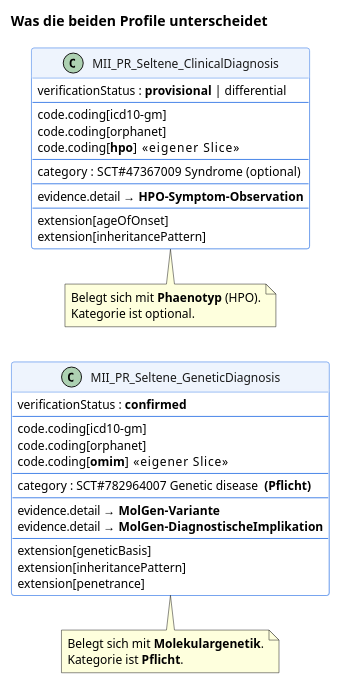
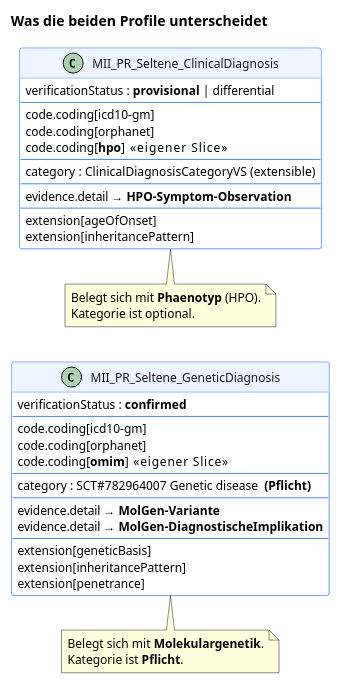
The diagram in input/images-source/diagnose-klinisch-vs-genetisch.puml (medizininformatik-initiative/kerndatensatzmodul-seltene-erkrankungen), drawn with PlantUML before and after one commit. The commit also changed 10 other files, not shown here.

```diff
--- a/input/images-source/diagnose-klinisch-vs-genetisch.puml
+++ b/input/images-source/diagnose-klinisch-vs-genetisch.puml
@@ -1,64 +1,64 @@
 @startuml
 ' Klinische gegen genetische Diagnose — ersetzt die beiden langen FSH-Instanzen
 ' auf der Seite clinical-genetic-diagnosis-guide durch einen Strukturvergleich.
 ' Sprachneutral gehalten: nur FHIR-Elementnamen, Profil-IDs und Codes.
 left to right direction
 skinparam backgroundColor transparent
 skinparam shadowing false
 skinparam defaultFontName Helvetica
 skinparam defaultFontSize 12
 skinparam ArrowColor #555555
 skinparam class {
   BorderColor #4a86e8
   BackgroundColor #ffffff
   HeaderBackgroundColor #eef4fd
   FontColor #1a1a1a
 }
 
 title Was die beiden Profile unterscheidet
 
 class "MII_PR_Seltene_ClinicalDiagnosis" as C {
   verificationStatus : **provisional** | differential
   --
   code.coding[icd10-gm]
   code.coding[orphanet]
   code.coding[**hpo**]      << eigener Slice >>
   --
-  category : SCT#47367009 Syndrome  (optional)
+  category : ClinicalDiagnosisCategoryVS  (extensible)
   --
   evidence.detail → **HPO-Symptom-Observation**
   --
   extension[ageOfOnset]
   extension[inheritancePattern]
 }
 
 class "MII_PR_Seltene_GeneticDiagnosis" as G {
   verificationStatus : **confirmed**
   --
   code.coding[icd10-gm]
   code.coding[orphanet]
   code.coding[**omim**]     << eigener Slice >>
   --
   category : SCT#782964007 Genetic disease  **(Pflicht)**
   --
   evidence.detail → **MolGen-Variante**
   evidence.detail → **MolGen-DiagnostischeImplikation**
   --
   extension[geneticBasis]
   extension[inheritancePattern]
   extension[penetrance]
 }
 
 C -[hidden]right-> G
 
 note bottom of C
   Belegt sich mit **Phaenotyp** (HPO).
   Kategorie ist optional.
 end note
 
 note bottom of G
   Belegt sich mit **Molekulargenetik**.
   Kategorie ist **Pflicht**.
 end note
 
 @enduml
```
